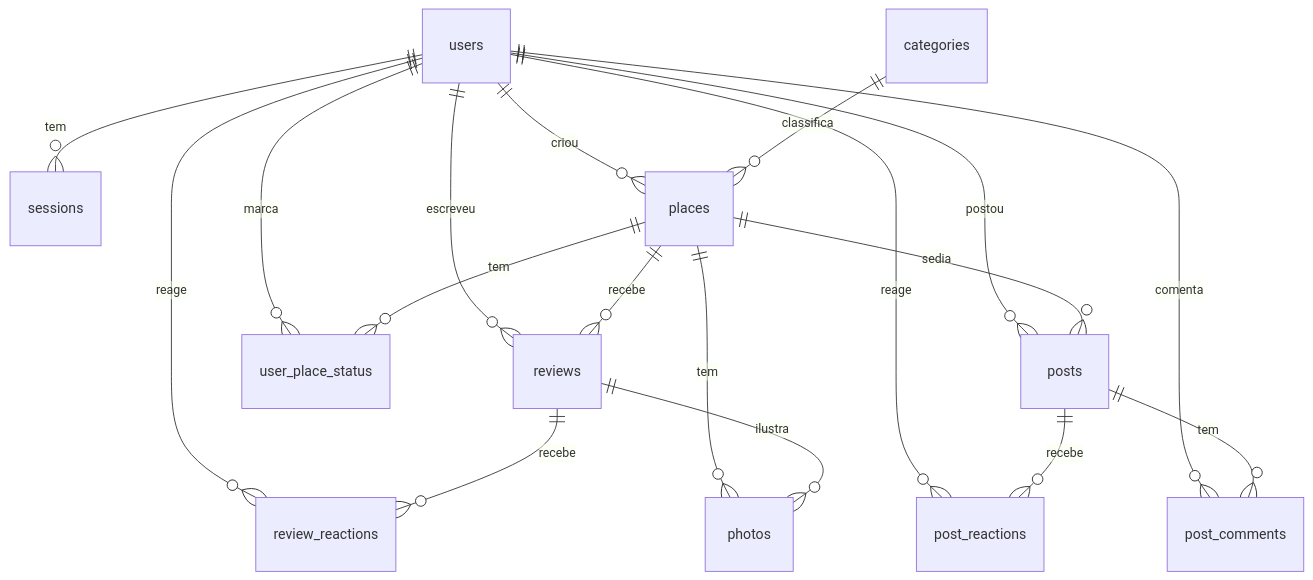
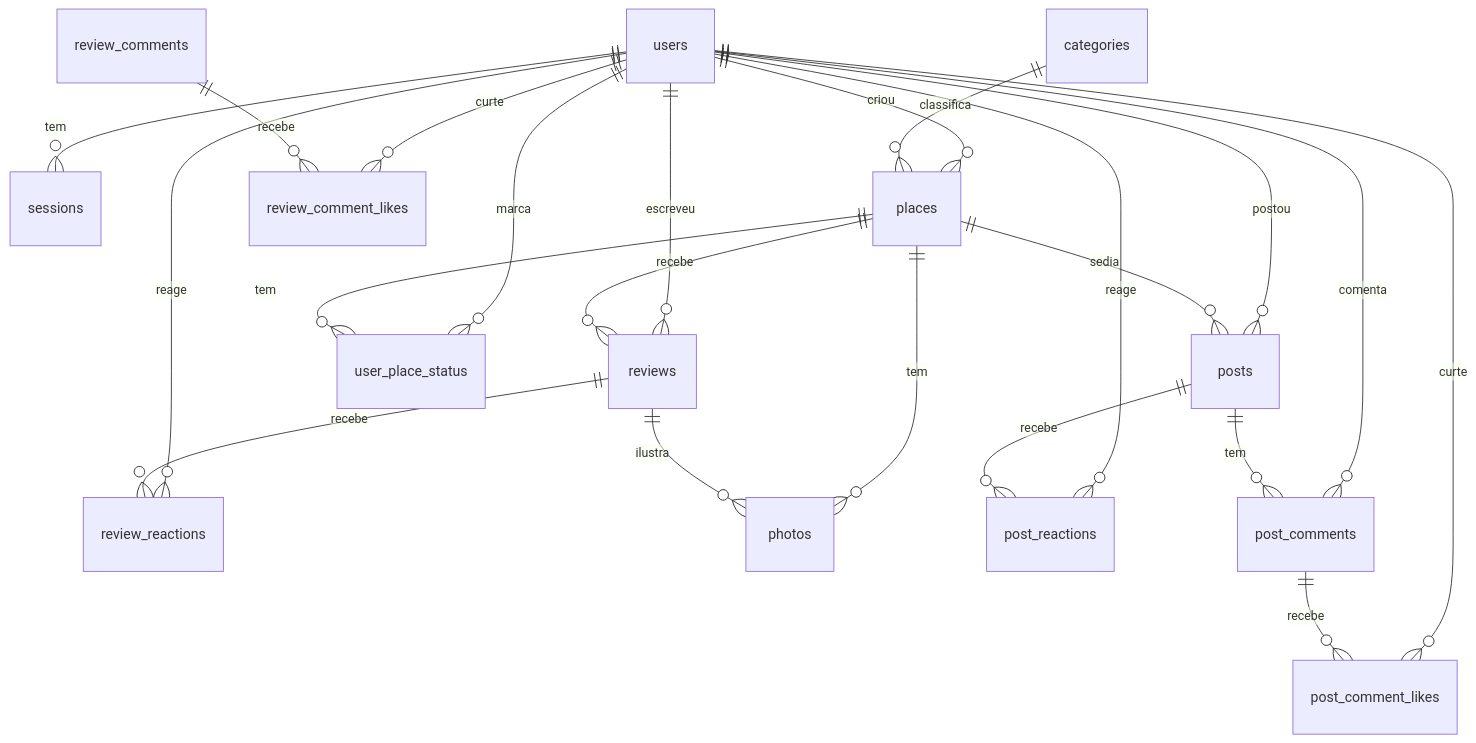
The diagram in docs/03-modelo-de-dados.md (isaqueks/eonarga), drawn with Mermaid before and after one commit. The commit also changed other lines of this file and 20 other files, not shown here.

````diff
--- a/docs/03-modelo-de-dados.md
+++ b/docs/03-modelo-de-dados.md
@@ -7,20 +7,24 @@
 ```mermaid
 erDiagram
   users ||--o{ sessions : tem
   users ||--o{ places : criou
   users ||--o{ reviews : escreveu
   users ||--o{ user_place_status : marca
   users ||--o{ review_reactions : reage
   categories ||--o{ places : classifica
   places ||--o{ reviews : recebe
   places ||--o{ user_place_status : tem
   places ||--o{ photos : tem
   reviews ||--o{ review_reactions : recebe
   reviews ||--o{ photos : ilustra
   users ||--o{ posts : postou
   places ||--o{ posts : sedia
   users ||--o{ post_reactions : reage
   posts ||--o{ post_reactions : recebe
   users ||--o{ post_comments : comenta
   posts ||--o{ post_comments : tem
+  users ||--o{ review_comment_likes : curte
+  review_comments ||--o{ review_comment_likes : recebe
+  users ||--o{ post_comment_likes : curte
+  post_comments ||--o{ post_comment_likes : recebe
 ```
````
